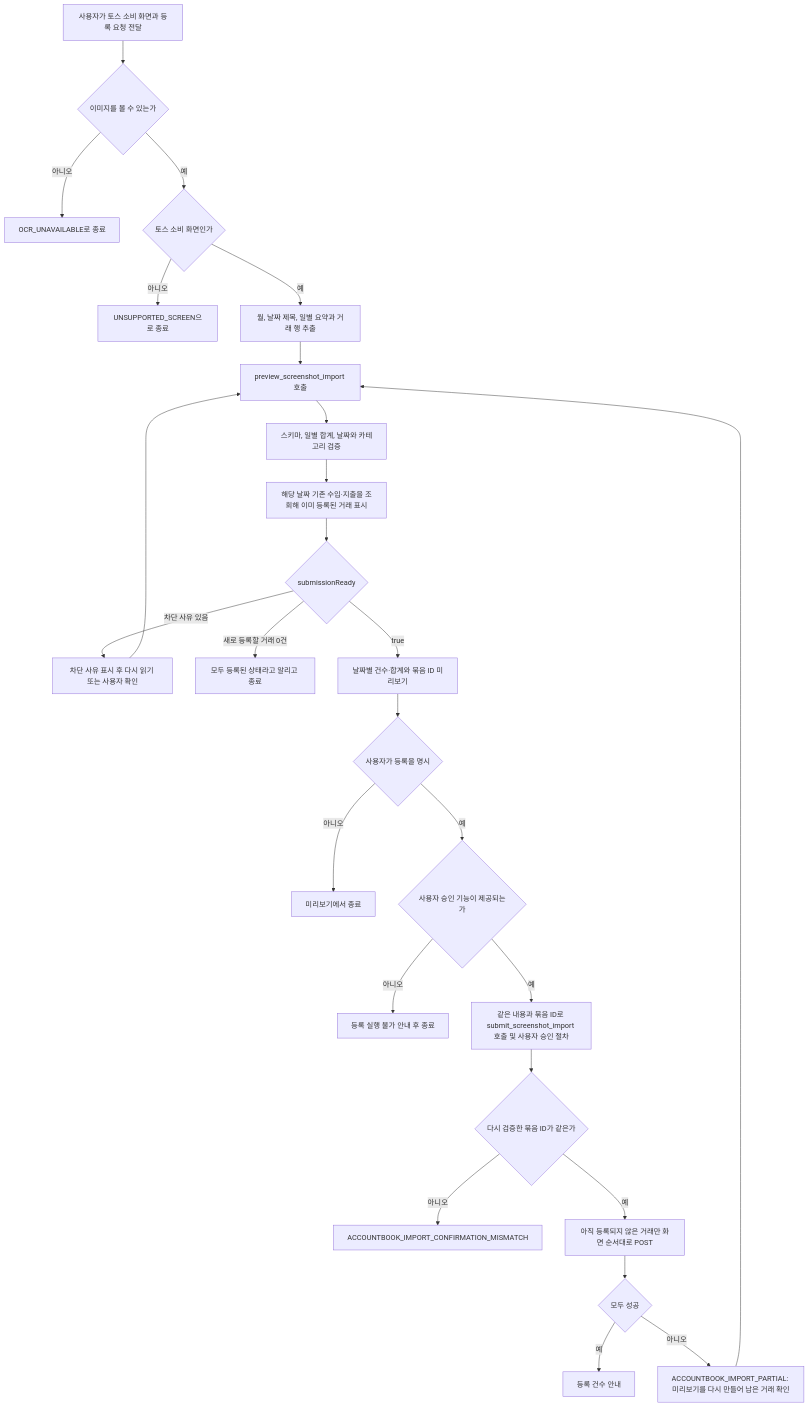
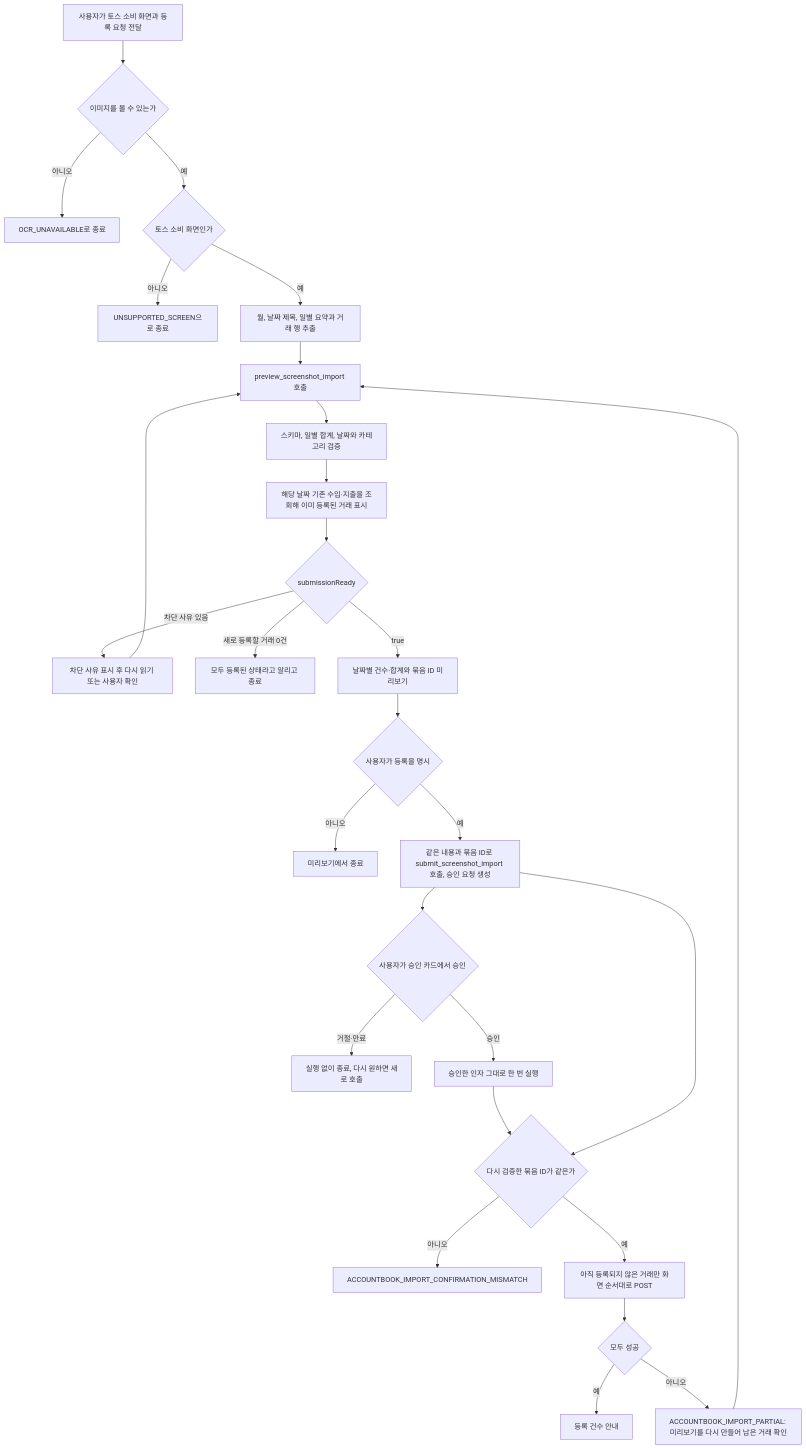
Before and after one commit to jon890/fos-agents: the first of 2 diagrams in accountbook/docs/flow.md, drawn with Mermaid. The commit also changed other lines of this file and 6 other files, not shown here.

First line of the commit message:
docs(accountbook): 등록과 수정을 승인 카드에서 승인한 것만 실행하도록 안내를 바꾼다

````diff
--- a/accountbook/docs/flow.md
+++ b/accountbook/docs/flow.md
@@ -5,28 +5,30 @@
 ```mermaid
 flowchart TD
   A[사용자가 토스 소비 화면과 등록 요청 전달] --> B{이미지를 볼 수 있는가}
   B -->|아니오| C[OCR_UNAVAILABLE로 종료]
   B -->|예| D{토스 소비 화면인가}
   D -->|아니오| E[UNSUPPORTED_SCREEN으로 종료]
   D -->|예| F[월, 날짜 제목, 일별 요약과 거래 행 추출]
   F --> G[preview_screenshot_import 호출]
   G --> H[스키마, 일별 합계, 날짜와 카테고리 검증]
   H --> I[해당 날짜 기존 수입·지출을 조회해 이미 등록된 거래 표시]
   I --> J{submissionReady}
   J -->|차단 사유 있음| K[차단 사유 표시 후 다시 읽기 또는 사용자 확인]
   K --> G
   J -->|새로 등록할 거래 0건| V[모두 등록된 상태라고 알리고 종료]
   J -->|true| L[날짜별 건수·합계와 묶음 ID 미리보기]
   L --> M{사용자가 등록을 명시}
   M -->|아니오| N[미리보기에서 종료]
-  M -->|예| W{사용자 승인 기능이 제공되는가}
-  W -->|아니오| X[등록 실행 불가 안내 후 종료]
-  W -->|예| O[같은 내용과 묶음 ID로 submit_screenshot_import 호출 및 사용자 승인 절차]
+  M -->|예| O[같은 내용과 묶음 ID로 submit_screenshot_import 호출, 승인 요청 생성]
+  O --> W{사용자가 승인 카드에서 승인}
+  W -->|거절·만료| X[실행 없이 종료, 다시 원하면 새로 호출]
+  W -->|승인| Y[승인한 인자 그대로 한 번 실행]
+  Y --> P
   O --> P{다시 검증한 묶음 ID가 같은가}
   P -->|아니오| Q[ACCOUNTBOOK_IMPORT_CONFIRMATION_MISMATCH]
   P -->|예| R[아직 등록되지 않은 거래만 화면 순서대로 POST]
   R --> S{모두 성공}
   S -->|예| T[등록 건수 안내]
   S -->|아니오| U[ACCOUNTBOOK_IMPORT_PARTIAL: 미리보기를 다시 만들어 남은 거래 확인]
   U --> G
 ```
````
